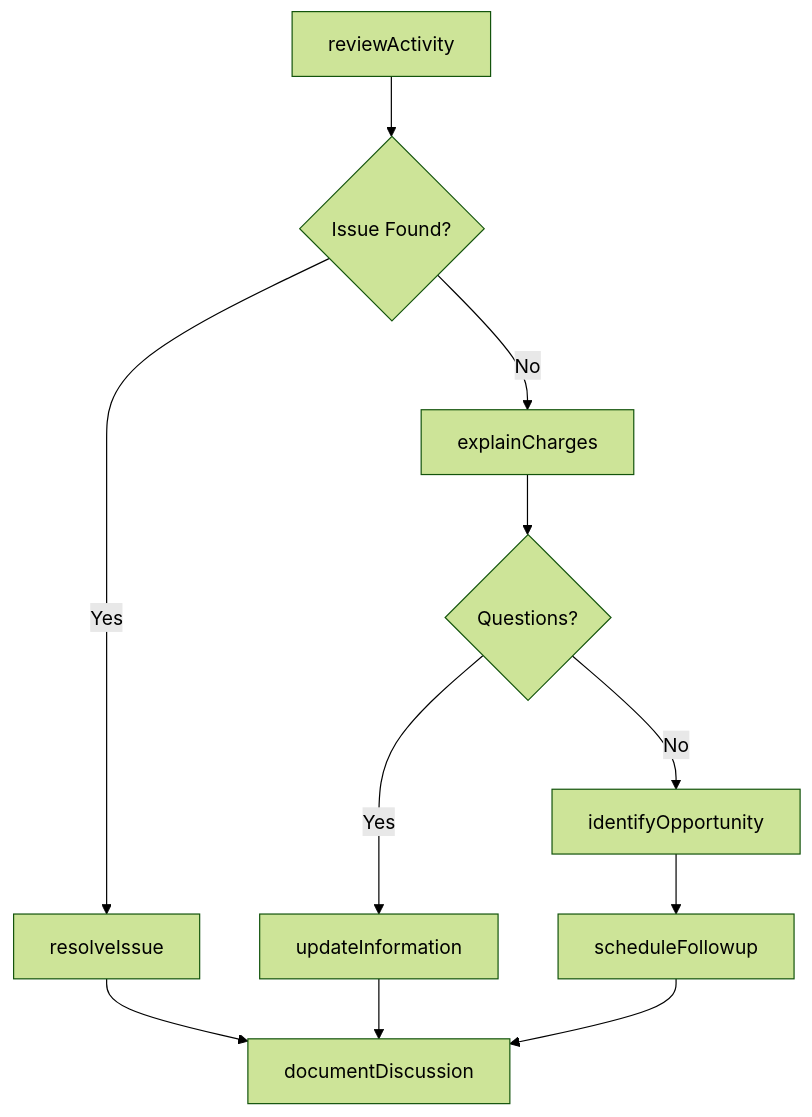
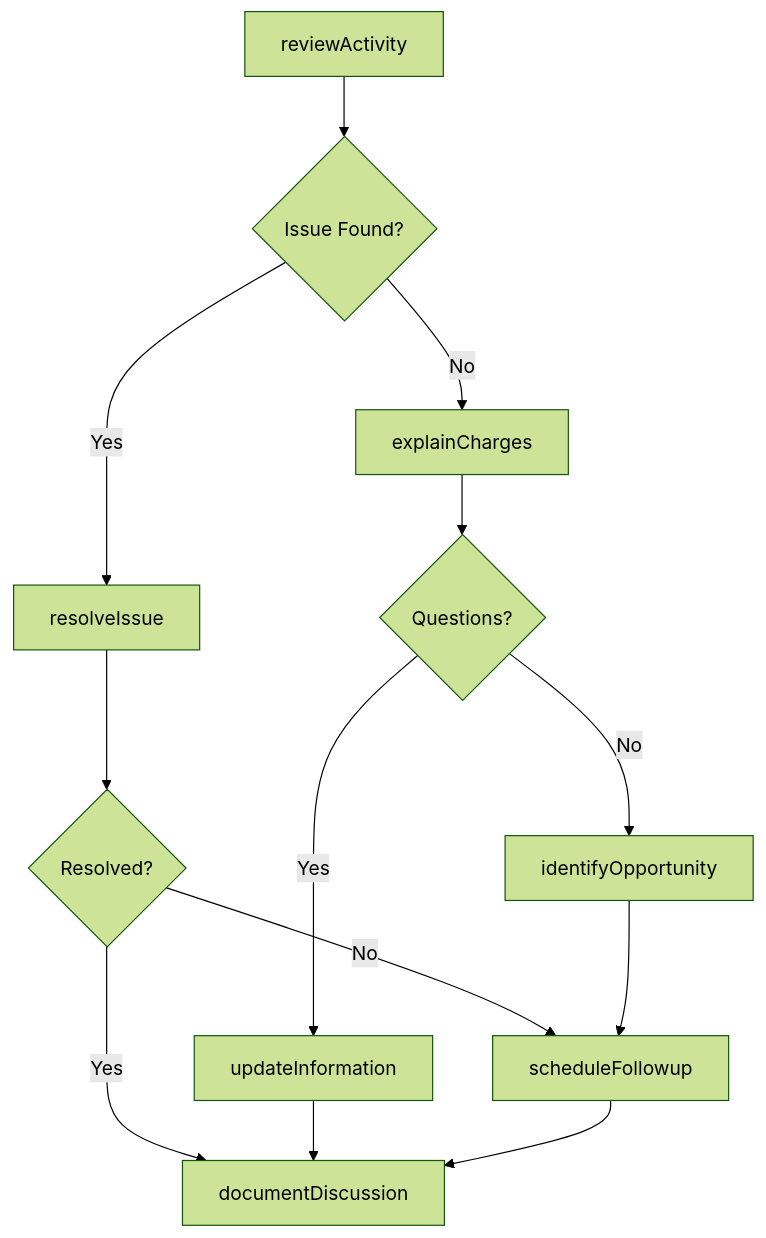
Before and after one commit to dot-org-ai/tasks.org.ai: the third of 4 diagrams in CommunicatingWithPeopleOutsideTheOrganization/ProvideInformationToGuestsClientsOrCustomers/DiscussAccountStatusActivityCustomers.mdx, drawn with Mermaid (forest theme). The commit also changed other lines of this file and 504 other files, not shown here.

First line of the commit message:
feat: Add ER diagrams, state diagrams, and workflow improvements to 96 DWA task files

````diff
--- a/CommunicatingWithPeopleOutsideTheOrganization/ProvideInformationToGuestsClientsOrCustomers/DiscussAccountStatusActivityCustomers.mdx
+++ b/CommunicatingWithPeopleOutsideTheOrganization/ProvideInformationToGuestsClientsOrCustomers/DiscussAccountStatusActivityCustomers.mdx
@@ -87,13 +115,15 @@
 ```mermaid
 graph TD
     A[reviewActivity] --> B{Issue Found?}
     B -->|Yes| C[resolveIssue]
     B -->|No| D[explainCharges]
-    C --> E[documentDiscussion]
-    D --> F{Questions?}
-    F -->|Yes| G[updateInformation]
-    F -->|No| H[identifyOpportunity]
-    G --> E
-    H --> I[scheduleFollowup]
-    I --> E
+    C --> E{Resolved?}
+    E -->|Yes| F[documentDiscussion]
+    E -->|No| G[scheduleFollowup]
+    D --> H{Questions?}
+    H -->|Yes| I[updateInformation]
+    H -->|No| J[identifyOpportunity]
+    I --> F
+    J --> G
+    G --> F
 ```
````
